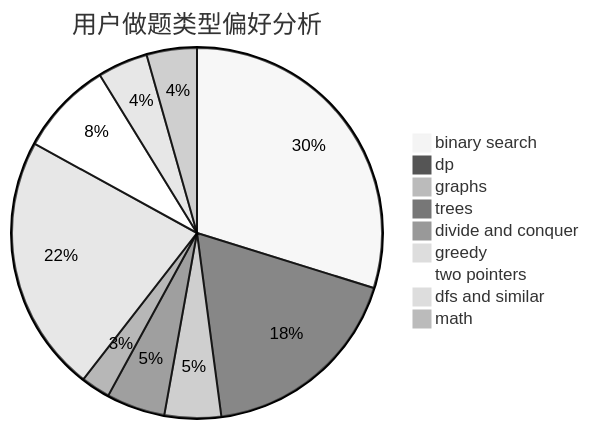
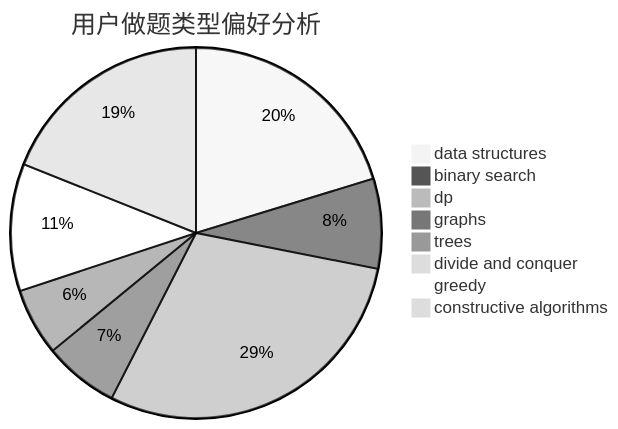
The second of 3 diagrams in docs/user/u1633.md (sherpahu/cfrs.github.io), drawn with Mermaid (neutral theme) before and after one commit. The commit also changed other lines of this file and 2775 other files, not shown here.

````diff
--- a/docs/user/u1633.md
+++ b/docs/user/u1633.md
@@ -23,12 +23,11 @@
 ```mermaid
 pie title 用户做题类型偏好分析
-    "binary search" :  163
-    "dp" :  99
-    "graphs" :  27
-    "trees" :  28
-    "divide and conquer" :  14
-    "greedy" :  123
-    "two pointers" :  45
-    "dfs and similar" :  24
-    "math" :  24
+    "data structures" :  31
+    "binary search" :  12
+    "dp" :  45
+    "graphs" :  10
+    "trees" :  9
+    "divide and conquer" :  0
+    "greedy" :  17
+    "constructive algorithms" :  29
 ```
````
